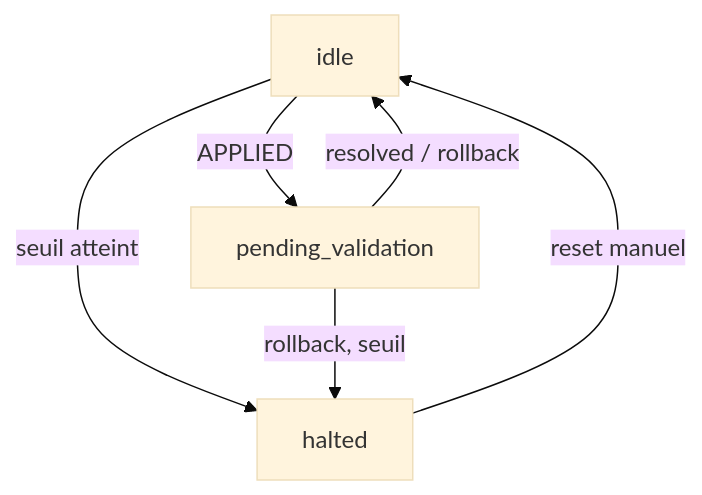
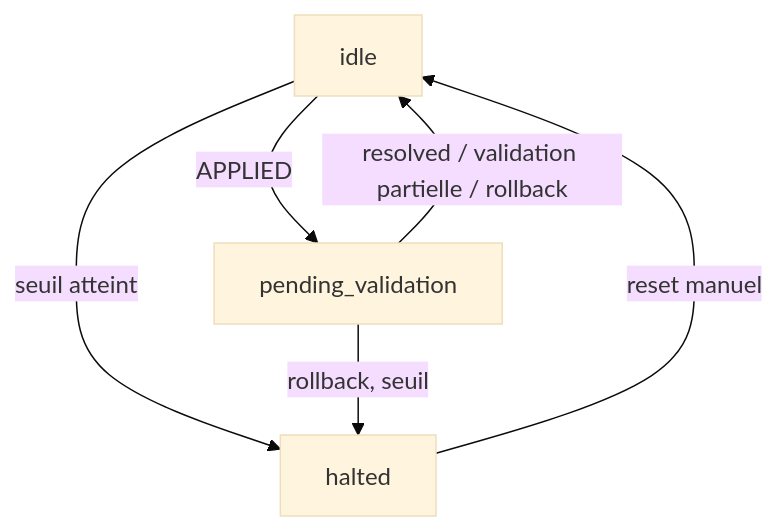
The first of 2 diagrams in rhDemo/docs/FIXCVE_AUTO.md (leuwen-lc/rhdemo), drawn with Mermaid (base theme) before and after one commit. The commit also changed other lines of this file and 3 other files, not shown here.

````diff
--- a/rhDemo/docs/FIXCVE_AUTO.md
+++ b/rhDemo/docs/FIXCVE_AUTO.md
@@ -118,12 +128,12 @@
 ```mermaid
 flowchart TD
     IDLE["idle"]
     PEND["pending_validation"]
     HALT["halted"]
 
     IDLE -- APPLIED --> PEND
-    PEND -- "resolved / rollback" --> IDLE
+    PEND -- "resolved / validation partielle / rollback" --> IDLE
     IDLE -- "seuil atteint" --> HALT
     HALT -- "reset manuel" --> IDLE
     PEND -- "rollback, seuil" --> HALT
 ```
````
